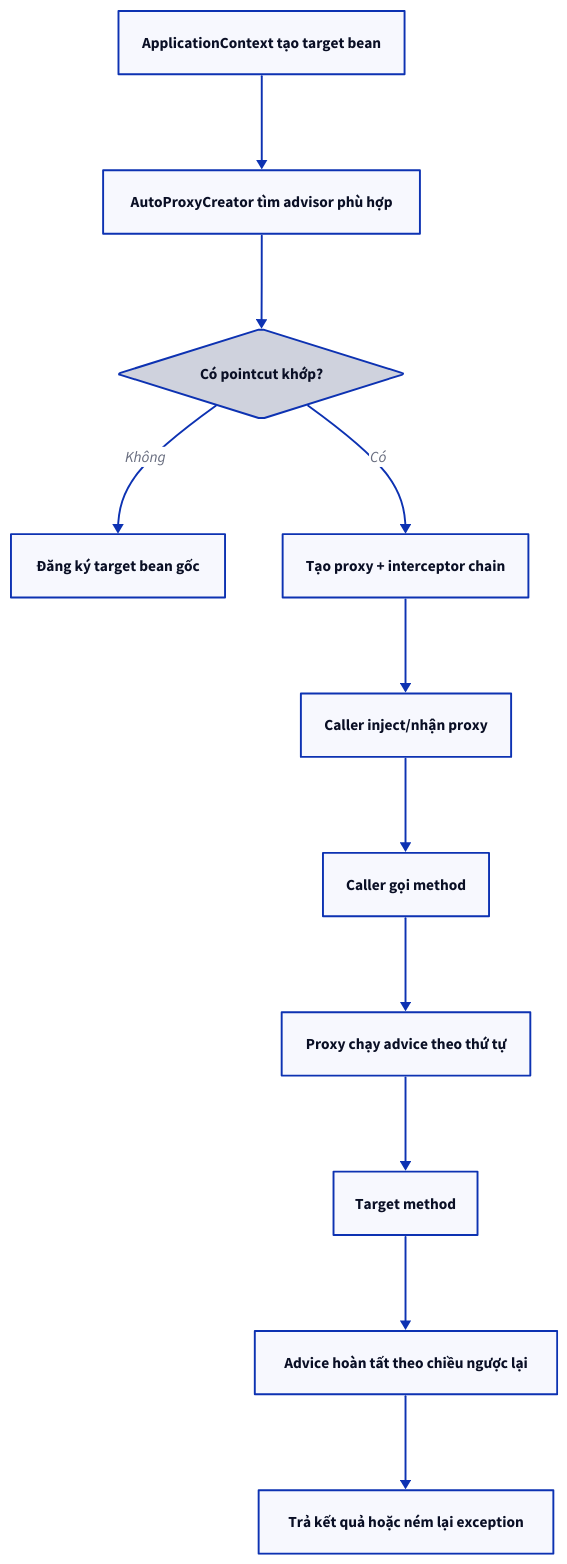
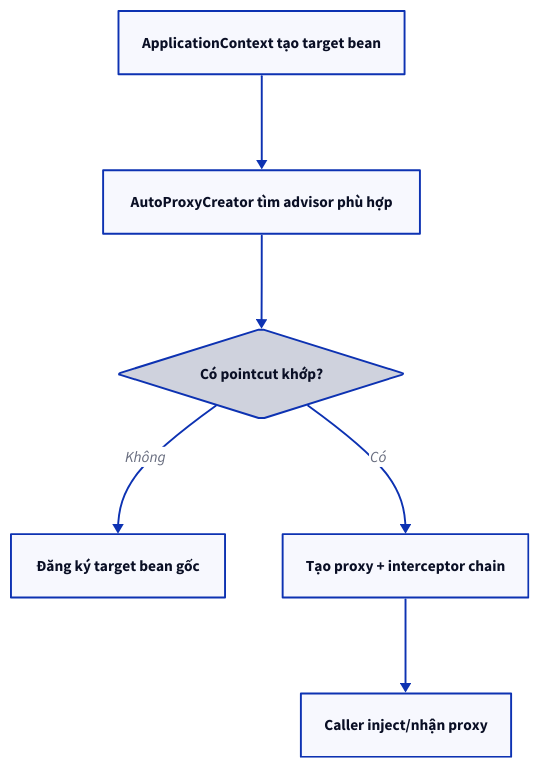
Before and after one commit to vanhiep99w/java-learn: the second of 4 diagrams in content/docs/spring/spring-aop.md, drawn with D2. The commit also changed 62 other files, not shown here.

Commit message:
feat(docs): upgrade docs-kit and optimize diagram layouts

````diff
--- a/content/docs/spring/spring-aop.md
+++ b/content/docs/spring/spring-aop.md
@@ -138,24 +138,14 @@
-```d2 title="3. Spring AOP chạy một lời gọi method như thế nào?"
+```d2 title="AOP: tìm advisor và tạo proxy lúc khởi tạo bean"
 direction: down
 n_A: "ApplicationContext tạo target bean"
 n_B: "AutoProxyCreator tìm advisor phù hợp"
 n_C: "Có pointcut khớp?" { shape: diamond }
 n_D: "Đăng ký target bean gốc"
 n_E: "Tạo proxy + interceptor chain"
 n_F: "Caller inject/nhận proxy"
-n_G: "Caller gọi method"
-n_H: "Proxy chạy advice theo thứ tự"
-n_I: "Target method"
-n_J: "Advice hoàn tất theo chiều ngược lại"
-n_K: "Trả kết quả hoặc ném lại exception"
 n_A -> n_B
 n_B -> n_C
 n_C -> n_D: "Không"
 n_C -> n_E: "Có"
 n_E -> n_F
-n_F -> n_G
-n_G -> n_H
-n_H -> n_I
-n_I -> n_J
-n_J -> n_K
 ```
````
